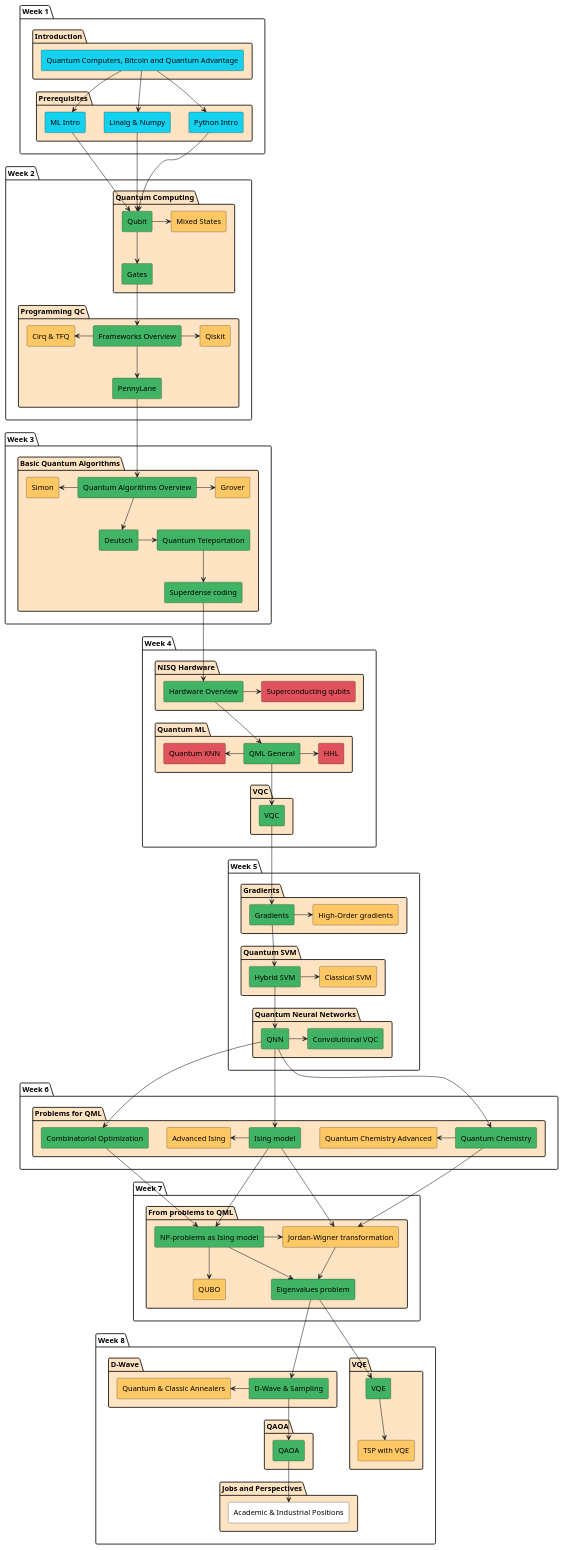
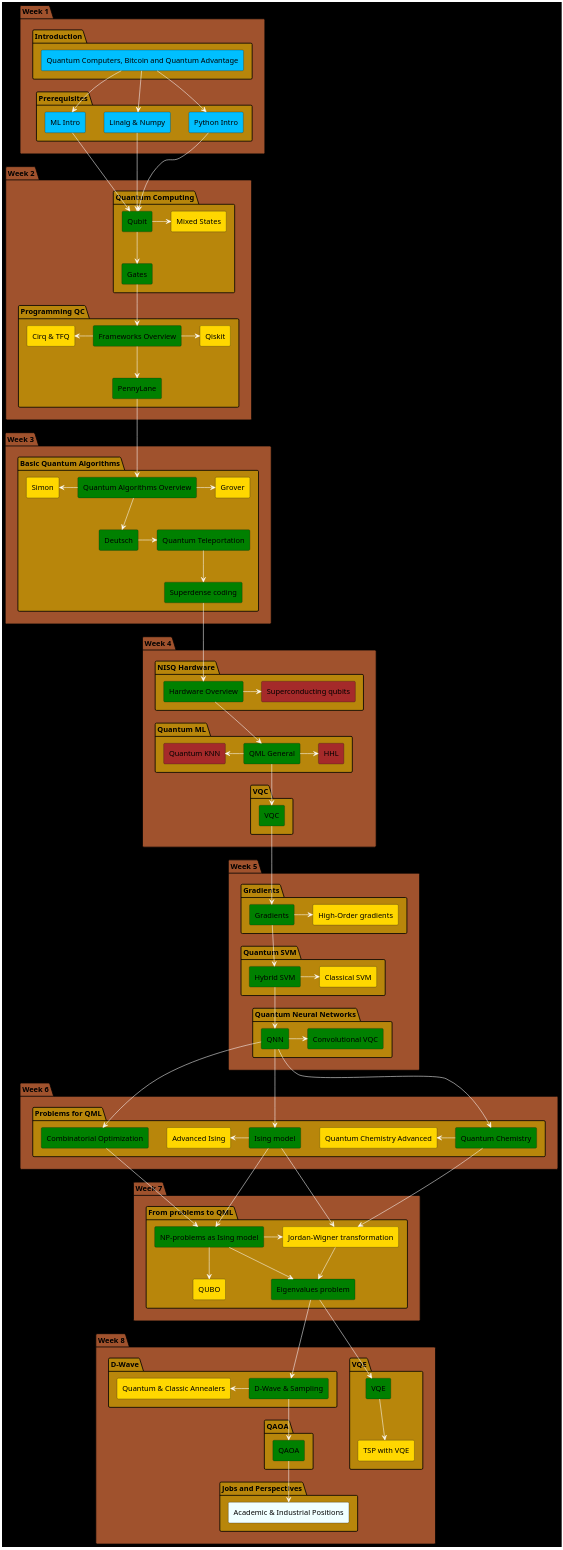
One commit to quantum-ods/qmlcourse changed the diagram in qmlcourse/_static/index/program.plantuml. Above: the diagram before and after it, drawn with PlantUML. The commit also changed 1 other file, not shown here.

Commit message:
update colors program to dark

```diff
--- a/qmlcourse/_static/index/program.plantuml
+++ b/qmlcourse/_static/index/program.plantuml
@@ -1,190 +1,196 @@
 @startuml
-package "Week 1" {
-        package "Introduction" #Bisque {
-                rectangle "Quantum Computers, Bitcoin and Quantum Advantage" as intro #14D2EF
+
+skinparam {
+  BackgroundColor Black
+  ArrowColor White
+}
+
+package "Week 1" #Sienna {
+        package "Introduction" #DarkGoldenRod {
+                rectangle "Quantum Computers, Bitcoin and Quantum Advantage" as intro #DeepSkyBlue
         }
 
-        package "Prerequisites" #Bisque {
-                rectangle "Python Intro" as python_intro #14D2EF
-                rectangle "Linalg & Numpy" as linalg_numpy_intro #14D2EF
-                rectangle "ML Intro" as ml_intro #14D2EF
+        package "Prerequisites" #DarkGoldenRod {
+                rectangle "Python Intro" as python_intro #DeepSkyBlue
+                rectangle "Linalg & Numpy" as linalg_numpy_intro #DeepSkyBlue
+                rectangle "ML Intro" as ml_intro #DeepSkyBlue
         }
 }
 
 intro --> python_intro
 intro --> linalg_numpy_intro
 intro --> ml_intro
 
-package "Week 2" {
-        package "Quantum Computing" as qci #Bisque {
-                rectangle "Qubit" as qubit #40B464
-                rectangle "Gates" as gates #40B464
-                rectangle "Mixed States" as mixed #FFC864
+package "Week 2" #Sienna {
+        package "Quantum Computing" as qci #DarkGoldenRod {
+                rectangle "Qubit" as qubit #Green
+                rectangle "Gates" as gates #Green
+                rectangle "Mixed States" as mixed #Gold
         }
 
-        package "Programming QC" #Bisque {
-                rectangle "Frameworks Overview" as frameworks_overview #40B464
-                rectangle "PennyLane" as pennylane #40B464
-                rectangle "Cirq & TFQ" as cirq_tfq #FFC864
-                rectangle "Qiskit" as qiskit #FFC864
+        package "Programming QC" #DarkGoldenRod {
+                rectangle "Frameworks Overview" as frameworks_overview #Green
+                rectangle "PennyLane" as pennylane #Green
+                rectangle "Cirq & TFQ" as cirq_tfq #Gold
+                rectangle "Qiskit" as qiskit #Gold
         }
 }
 
 python_intro --> qubit
 linalg_numpy_intro --> qubit
 ml_intro --> qubit
 
 qubit --> gates
 qubit -> mixed
 
 gates --> frameworks_overview
 frameworks_overview --> pennylane
 cirq_tfq <- frameworks_overview
 frameworks_overview -> qiskit
 
-package "Week 3" {
-        package "Basic Quantum Algorithms" as qalgo #Bisque {
-                rectangle "Quantum Algorithms Overview" as quantum_algorithms_overview #40B464
-                rectangle "Deutsch" as deutsch #40B464
-                rectangle "Quantum Teleportation" as quantum_teleportation #40B464
-                rectangle "Superdense coding" as superdense_coding #40B464
-                rectangle "Grover" as grover #FFC864
-                rectangle "Simon" as saimon #FFC864
+package "Week 3" #Sienna {
+        package "Basic Quantum Algorithms" as qalgo #DarkGoldenRod {
+                rectangle "Quantum Algorithms Overview" as quantum_algorithms_overview #Green
+                rectangle "Deutsch" as deutsch #Green
+                rectangle "Quantum Teleportation" as quantum_teleportation #Green
+                rectangle "Superdense coding" as superdense_coding #Green
+                rectangle "Grover" as grover #Gold
+                rectangle "Simon" as saimon #Gold
         }
 
 }
 
 pennylane --> quantum_algorithms_overview
 
 quantum_algorithms_overview --> deutsch
 quantum_algorithms_overview -> grover
 saimon <- quantum_algorithms_overview
 
 deutsch -> quantum_teleportation
 quantum_teleportation --> superdense_coding
 
-package "Week 4" {
+package "Week 4" #Sienna {
 
-        package "NISQ Hardware" #Bisque {
-                rectangle "Hardware Overview" as hardware_overview #40B464
-                rectangle "Superconducting qubits" as superconducting_qubits #E0535C
+        package "NISQ Hardware" #DarkGoldenRod {
+                rectangle "Hardware Overview" as hardware_overview #Green
+                rectangle "Superconducting qubits" as superconducting_qubits #Brown
         }
 
-        package "Quantum ML" #Bisque {
-                rectangle "QML General" as qml_general #40B464
-                rectangle "HHL" as hhl #E0535C
-                rectangle "Quantum KNN" as qknn #E0535C
+        package "Quantum ML" #DarkGoldenRod {
+                rectangle "QML General" as qml_general #Green
+                rectangle "HHL" as hhl #Brown
+                rectangle "Quantum KNN" as qknn #Brown
         }
 
-        package "VQC" #Bisque {
-                rectangle "VQC" as vqc #40B464
+        package "VQC" #DarkGoldenRod {
+                rectangle "VQC" as vqc #Green
         }
 
 }
 
 superdense_coding --> hardware_overview
 hardware_overview -> superconducting_qubits
 
 hardware_overview --> qml_general
 
 qml_general -> hhl
 qknn <- qml_general
 
 qml_general --> vqc
 
-package "Week 5" {
+package "Week 5" #Sienna {
 
-        package "Gradients" #Bisque {
-                rectangle "Gradients" as gradients #40B464
-                rectangle "High-Order gradients" as high_gradients #FFC864
+        package "Gradients" #DarkGoldenRod {
+                rectangle "Gradients" as gradients #Green
+                rectangle "High-Order gradients" as high_gradients #Gold
         }
 
-        package "Quantum SVM" #Bisque {
-                rectangle "Hybrid SVM" as hybrid_svm #40B464
-                rectangle "Classical SVM" as classical_svm #FFC864
+        package "Quantum SVM" #DarkGoldenRod {
+                rectangle "Hybrid SVM" as hybrid_svm #Green
+                rectangle "Classical SVM" as classical_svm #Gold
         }
 
-        package "Quantum Neural Networks" #Bisque {
-                rectangle "QNN" as quantum_nn #40B464
-'                rectangle "Barren plateaus" as barren #FFC864
-                rectangle "Convolutional VQC" as quantum_cnn #40B464
+        package "Quantum Neural Networks" #DarkGoldenRod {
+                rectangle "QNN" as quantum_nn #Green
+'                rectangle "Barren plateaus" as barren #Gold
+                rectangle "Convolutional VQC" as quantum_cnn #Green
         }
 }
 
 vqc --> gradients
 gradients -> high_gradients
 
 gradients --> hybrid_svm
 hybrid_svm -> classical_svm
 
 hybrid_svm --> quantum_nn
 quantum_nn -> quantum_cnn
 
-package "Week 6" {
-        package "Problems for QML" #Bisque {
-                rectangle "Ising model" as ising #40B464
-                rectangle "Advanced Ising" as ising_advanced #FFC864
-                rectangle "Combinatorial Optimization" as combinatorial_optimization #40B464
-                rectangle "Quantum Chemistry" as quantum_chemistry #40B464
-                rectangle "Quantum Chemistry Advanced" as quantum_chemistry_advanced #FFC864
+package "Week 6" #Sienna {
+        package "Problems for QML" #DarkGoldenRod {
+                rectangle "Ising model" as ising #Green
+                rectangle "Advanced Ising" as ising_advanced #Gold
+                rectangle "Combinatorial Optimization" as combinatorial_optimization #Green
+                rectangle "Quantum Chemistry" as quantum_chemistry #Green
+                rectangle "Quantum Chemistry Advanced" as quantum_chemistry_advanced #Gold
         }
 }
 
 quantum_nn --> ising
 quantum_nn --> combinatorial_optimization
 quantum_nn --> quantum_chemistry
 
 ising_advanced <- ising
 quantum_chemistry_advanced <- quantum_chemistry
 
-package "Week 7" {
-        package "From problems to QML" #Bisque {
-                rectangle "NP-problems as Ising model" as np_problem_ising #40B464
-                rectangle "Jordan-Wigner transformation" as jordan_wigner #FFC864
-                rectangle "QUBO" as qubo #FFC864
-                rectangle "Eigenvalues problem" as eigenvalues_problem #40B464
+package "Week 7" #Sienna {
+        package "From problems to QML" #DarkGoldenRod {
+                rectangle "NP-problems as Ising model" as np_problem_ising #Green
+                rectangle "Jordan-Wigner transformation" as jordan_wigner #Gold
+                rectangle "QUBO" as qubo #Gold
+                rectangle "Eigenvalues problem" as eigenvalues_problem #Green
         }
 
 }
 
 combinatorial_optimization --> np_problem_ising
 ising --> np_problem_ising
 ising --> jordan_wigner
 quantum_chemistry --> jordan_wigner
 
 np_problem_ising --> eigenvalues_problem
 jordan_wigner <- np_problem_ising
 np_problem_ising --> qubo
 jordan_wigner --> eigenvalues_problem
 
-package "Week 8" {
-        package "VQE" #Bisque {
-                rectangle "VQE" as vqe #40B464
-                rectangle "TSP with VQE" as tsp_with_vqe #FFC864
+package "Week 8" #Sienna {
+        package "VQE" #DarkGoldenRod {
+                rectangle "VQE" as vqe #Green
+                rectangle "TSP with VQE" as tsp_with_vqe #Gold
         }
 
-        package "D-Wave" #Bisque {
-                rectangle "D-Wave & Sampling" as d_wave #40B464
-                rectangle "Quantum & Classic Annealers" as q_c_annealers #FFC864
+        package "D-Wave" #DarkGoldenRod {
+                rectangle "D-Wave & Sampling" as d_wave #Green
+                rectangle "Quantum & Classic Annealers" as q_c_annealers #Gold
         }
 
-        package "QAOA" #Bisque {
-                rectangle "QAOA" as qaoa #40B464
+        package "QAOA" #DarkGoldenRod {
+                rectangle "QAOA" as qaoa #Green
         }
 
-        package "Jobs and Perspectives" as jobs #Bisque {
-                rectangle "Academic & Industrial Positions" as academic_industrial #White
+        package "Jobs and Perspectives" as jobs #DarkGoldenRod {
+                rectangle "Academic & Industrial Positions" as academic_industrial #Azure
         }
 }
 
 eigenvalues_problem --> vqe
 eigenvalues_problem --> d_wave
 
 vqe --> tsp_with_vqe
 
 q_c_annealers <- d_wave
 d_wave --> qaoa
 
 qaoa --> academic_industrial
 
 @enduml
```
